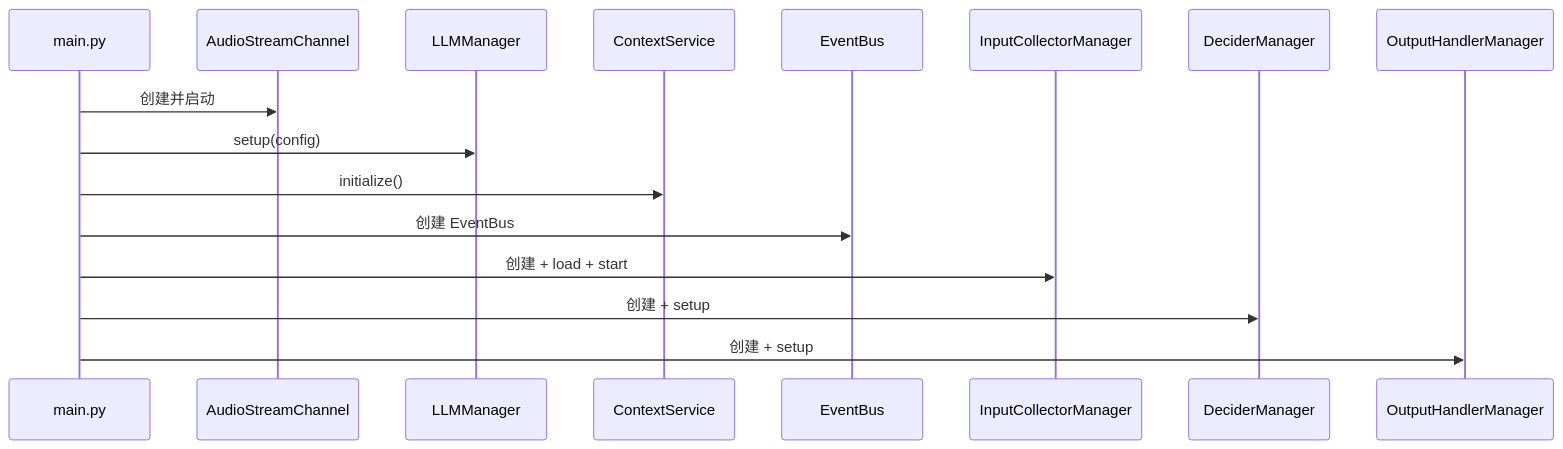
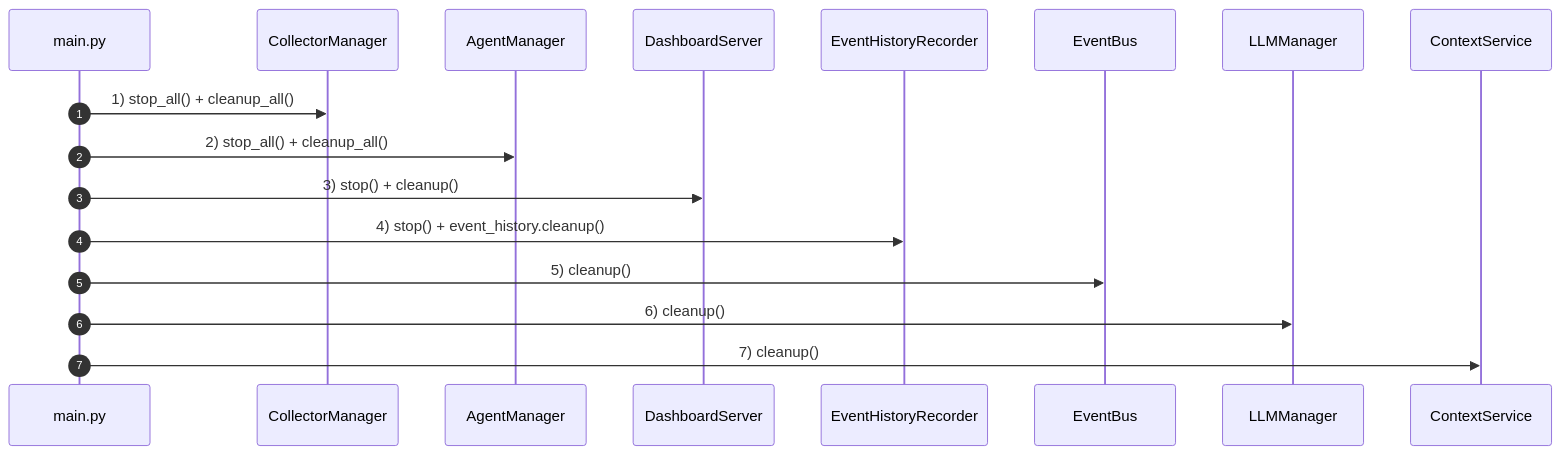
Before and after one commit to Mai-with-u/Amaidesu: the third of 3 diagrams in docs/architecture/overview.md, drawn with Mermaid. The commit also changed other lines of this file and 19 other files, not shown here.

````diff
--- a/docs/architecture/overview.md
+++ b/docs/architecture/overview.md
@@ -122,19 +168,20 @@
 ```mermaid
 sequenceDiagram
+    autonumber
     participant Main as main.py
-    participant Audio as AudioStreamChannel
+    participant Col as CollectorManager
+    participant Agt as AgentManager
+    participant Dash as DashboardServer
+    participant Rec as EventHistoryRecorder
+    participant Bus as EventBus
     participant LLM as LLMManager
-    participant Context as ContextService
-    participant Event as EventBus
-    participant Input as InputCollectorManager
-    participant Decision as DeciderManager
-    participant Output as OutputHandlerManager
+    participant Ctx as ContextService
 
-    Main->>Audio: 创建并启动
-    Main->>LLM: setup(config)
-    Main->>Context: initialize()
-    Main->>Event: 创建 EventBus
-    Main->>Input: 创建 + load + start
-    Main->>Decision: 创建 + setup
-    Main->>Output: 创建 + setup
+    Main->>Col: 1) stop_all() + cleanup_all()
+    Main->>Agt: 2) stop_all() + cleanup_all()
+    Main->>Dash: 3) stop() + cleanup()
+    Main->>Rec: 4) stop() + event_history.cleanup()
+    Main->>Bus: 5) cleanup()
+    Main->>LLM: 6) cleanup()
+    Main->>Ctx: 7) cleanup()
 ```
````
